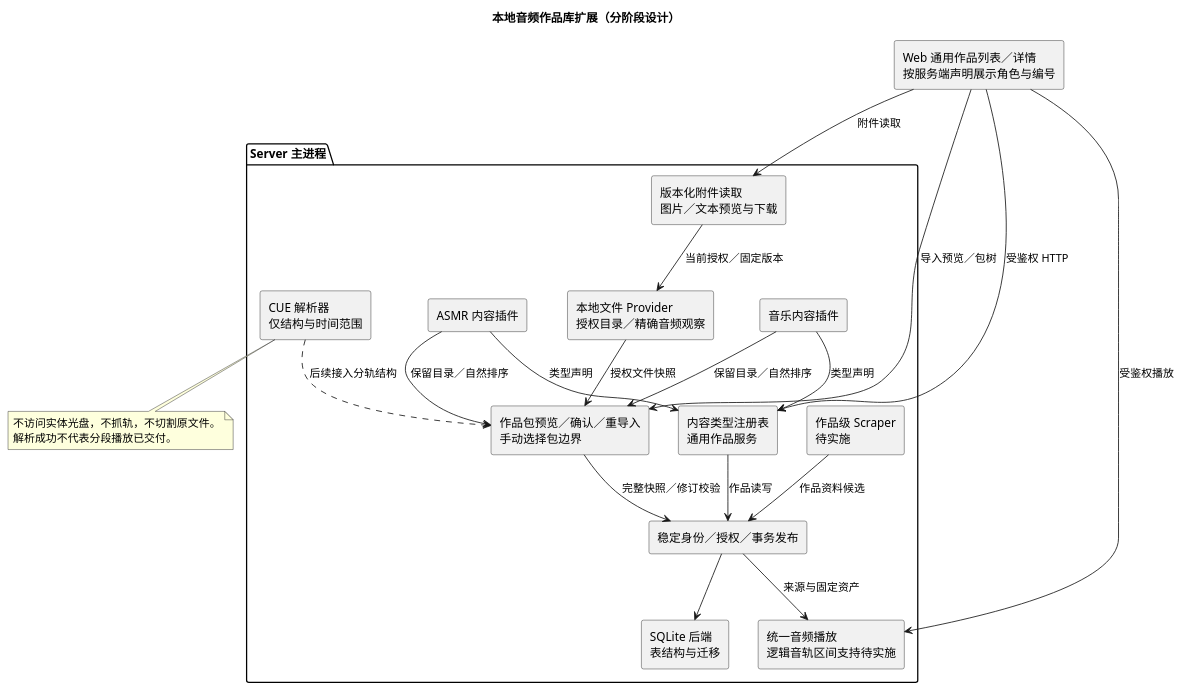
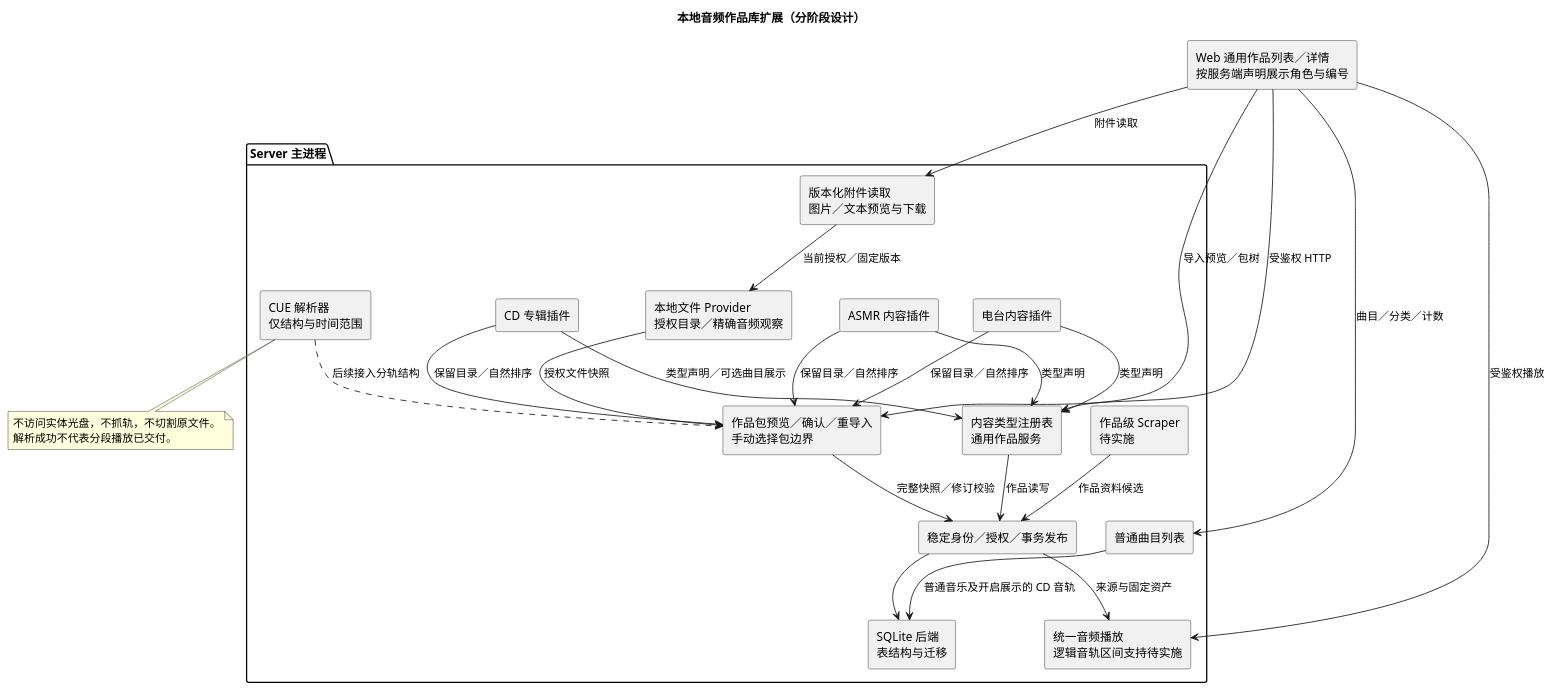
One commit to fnMrRice/MusicFS changed the diagram in docs/diagrams/content-library.puml. Above: the diagram before and after it, drawn with PlantUML. The commit also changed 9 other files, not shown here.

```diff
--- a/docs/diagrams/content-library.puml
+++ b/docs/diagrams/content-library.puml
@@ -1,38 +1,44 @@
 @startuml
 title 本地音频作品库扩展（分阶段设计）
 skinparam componentStyle rectangle
 package "Server 主进程" {
   component "内容类型注册表\n通用作品服务" as works
-  component "音乐内容插件" as music
+  component "CD 专辑插件" as cd
   component "ASMR 内容插件" as asmr
+  component "电台内容插件" as radio
+  component "普通曲目列表" as tracks
   component "作品包预览／确认／重导入\n手动选择包边界" as importer
   component "CUE 解析器\n仅结构与时间范围" as cue
   component "本地文件 Provider\n授权目录／精确音频观察" as local
   component "版本化附件读取\n图片／文本预览与下载" as attachments
   component "作品级 Scraper\n待实施" as scraper
   component "稳定身份／授权／事务发布" as core
   component "SQLite 后端\n表结构与迁移" as db
   component "统一音频播放\n逻辑音轨区间支持待实施" as player
-  music --> works : 类型声明
+  cd --> works : 类型声明／可选曲目展示
   asmr --> works : 类型声明
+  radio --> works : 类型声明
   local --> importer : 授权文件快照
-  music --> importer : 保留目录／自然排序
+  cd --> importer : 保留目录／自然排序
   asmr --> importer : 保留目录／自然排序
+  radio --> importer : 保留目录／自然排序
+  tracks --> db : 普通音乐及开启展示的 CD 音轨
   cue ..> importer : 后续接入分轨结构
   importer --> core : 完整快照／修订校验
   attachments --> local : 当前授权／固定版本
   scraper --> core : 作品资料候选
   works --> core : 作品读写
   core --> db
   core --> player : 来源与固定资产
 }
 component "Web 通用作品列表／详情\n按服务端声明展示角色与编号" as web
 web --> works : 受鉴权 HTTP
+web --> tracks : 曲目／分类／计数
 web --> importer : 导入预览／包树
 web --> attachments : 附件读取
 web --> player : 受鉴权播放
 note bottom of cue
 不访问实体光盘，不抓轨，不切割原文件。
 解析成功不代表分段播放已交付。
 end note
 @enduml
```
